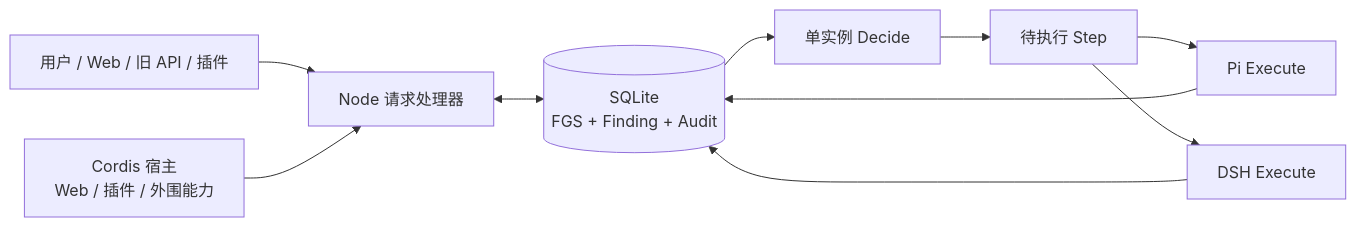
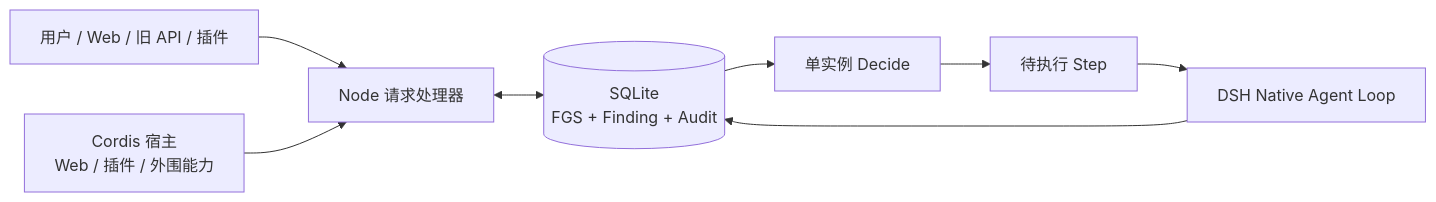
The diagram in README.md (0X6C7879/RedTrace), drawn with Mermaid before and after one commit. The commit also changed other lines of this file and 47 other files, not shown here.

````diff
--- a/README.md
+++ b/README.md
@@ -26,12 +26,10 @@
 ```mermaid
 flowchart LR
     U[用户 / Web / 旧 API / 插件] --> N[Node 请求处理器]
     N <--> DB[(SQLite<br/>FGS + Finding + Audit)]
     DB --> D[单实例 Decide]
     D --> S[待执行 Step]
-    S --> E1[Pi Execute]
-    S --> E2[DSH Execute]
-    E1 --> DB
-    E2 --> DB
+    S --> E[DSH Native Agent Loop]
+    E --> DB
     C[Cordis 宿主<br/>Web / 插件 / 外围能力] --> N
 ```
````
